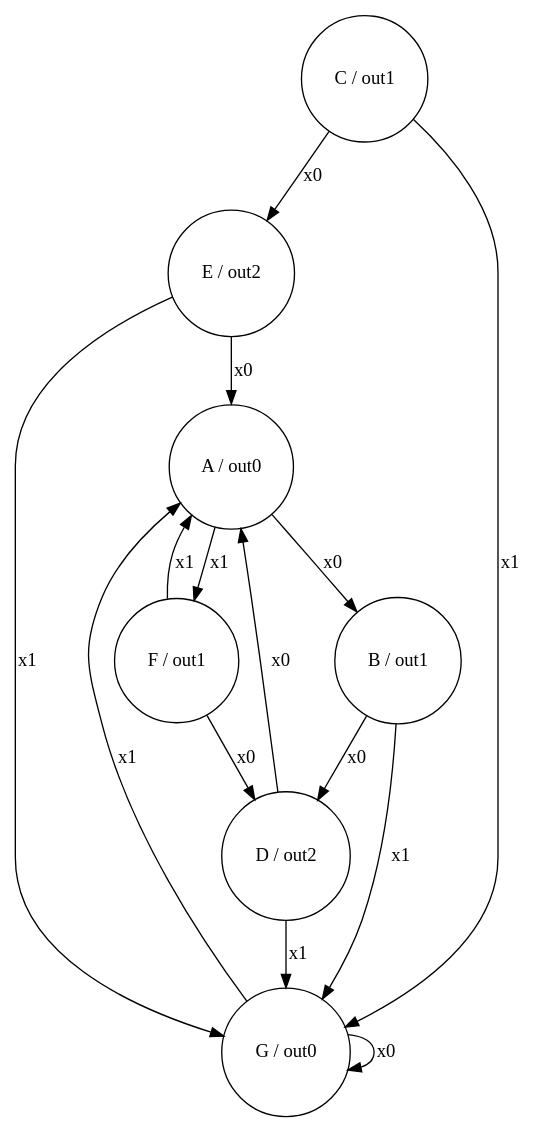
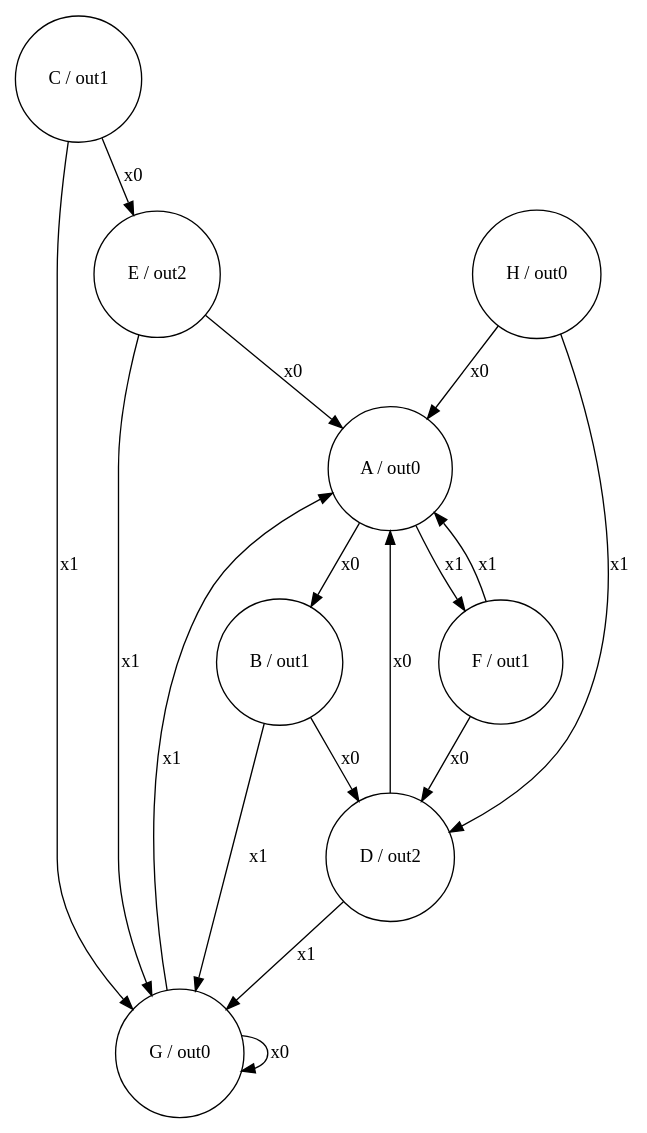
Before and after one commit to HotCucumber1/automata-theory: the diagram in Minimize/input/moore_max_2.dot, drawn with Graphviz. The commit also changed 33 other files, not shown here.

```diff
--- a/Minimize/input/moore_max_2.dot
+++ b/Minimize/input/moore_max_2.dot
@@ -1,30 +1,34 @@
 digraph Moore {
     A [label="A / out0", shape=circle];
     B [label="B / out1", shape=circle];
     C [label="C / out1", shape=circle];
     D [label="D / out2", shape=circle];
     E [label="E / out2", shape=circle];
     F [label="F / out1", shape=circle];
     G [label="G / out0", shape=circle];
+    H [label="H / out0", shape=circle];
 
     A -> B [label="x0"];
     A -> F [label="x1"];
 
     B -> D [label="x0"];
     B -> G [label="x1"];
 
     C -> E [label="x0"];
     C -> G [label="x1"];
 
     D -> A [label="x0"];
     D -> G [label="x1"];
 
     E -> A [label="x0"];
     E -> G [label="x1"];
 
     F -> D [label="x0"];
     F -> A [label="x1"];
 
     G -> G [label="x0"];
     G -> A [label="x1"];
+
+    H -> A [label="x0"];
+    H -> D [label="x1"];
 }
```
